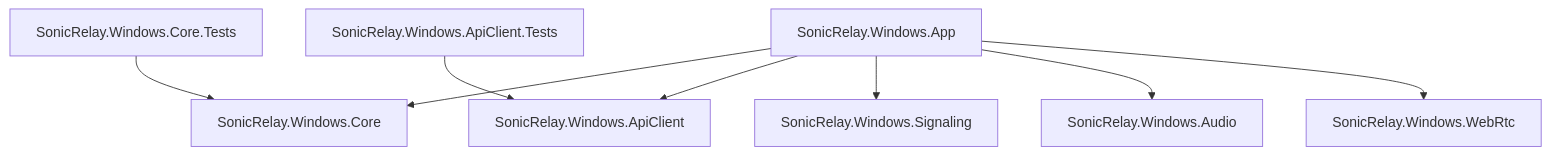
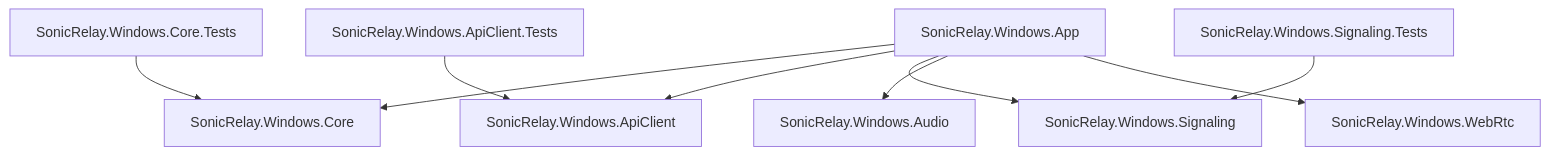
Before and after one commit to vitorhugo-java/windows_SonicRelay: the first of 2 diagrams in docs/architecture.md, drawn with Mermaid. The commit also changed other lines of this file and 18 other files, not shown here.

````diff
--- a/docs/architecture.md
+++ b/docs/architecture.md
@@ -5,10 +5,11 @@
 ```mermaid
 flowchart TD
     App[SonicRelay.Windows.App] --> Core[SonicRelay.Windows.Core]
     App --> ApiClient[SonicRelay.Windows.ApiClient]
     App --> Signaling[SonicRelay.Windows.Signaling]
     App --> Audio[SonicRelay.Windows.Audio]
     App --> WebRtc[SonicRelay.Windows.WebRtc]
     CoreTests[SonicRelay.Windows.Core.Tests] --> Core
     ApiTests[SonicRelay.Windows.ApiClient.Tests] --> ApiClient
+    SignalingTests[SonicRelay.Windows.Signaling.Tests] --> Signaling
 ```
````
